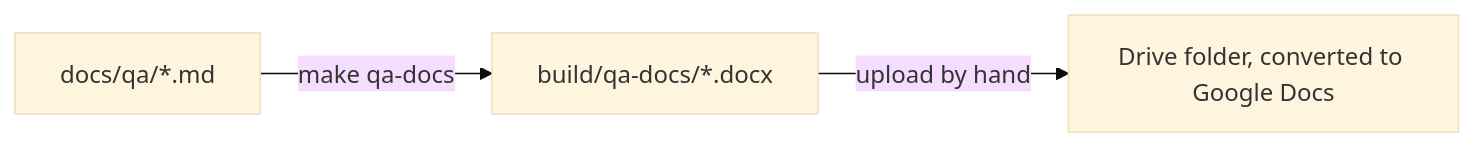
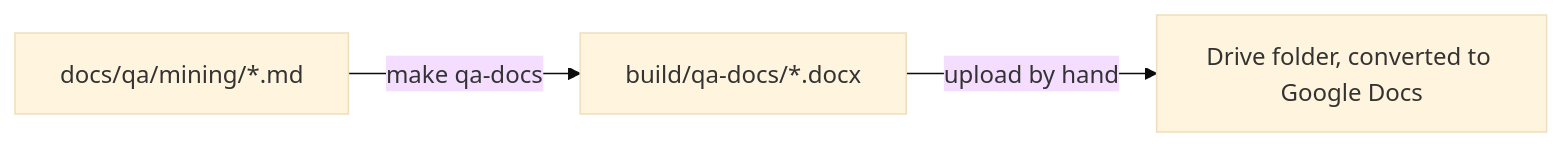
The diagram in docs/how-to/publish-qa-procedures.md (miketak/carbonos), drawn with Mermaid (base theme) before and after one commit. The commit also changed other lines of this file and 36 other files, not shown here.

First line of the commit message:
docs(qa): organize the QA procedures by persona, the mining pack first (#85)

````diff
--- a/docs/how-to/publish-qa-procedures.md
+++ b/docs/how-to/publish-qa-procedures.md
@@ -16,7 +16,7 @@
 ```mermaid
 flowchart LR
     accTitle: How a QA procedure becomes a Google Doc
-    accDescr: make qa-docs converts docs/qa with pandoc, rewriting spec links to GitHub, setting landscape pages and outlining the tables, into DOCX files under build/qa-docs; the maintainer uploads them to the shared Drive folder, which converts them to Google Docs.
-    md[docs/qa/*.md] -->|make qa-docs| docx[build/qa-docs/*.docx]
+    accDescr: make qa-docs converts one persona under docs/qa with pandoc, rewriting spec links to GitHub, setting landscape pages and outlining the tables, into DOCX files under build/qa-docs; the maintainer uploads them to the shared Drive folder, which converts them to Google Docs.
+    md[docs/qa/mining/*.md] -->|make qa-docs| docx[build/qa-docs/*.docx]
     docx -->|upload by hand| drive[Drive folder, converted to Google Docs]
 ```
````
